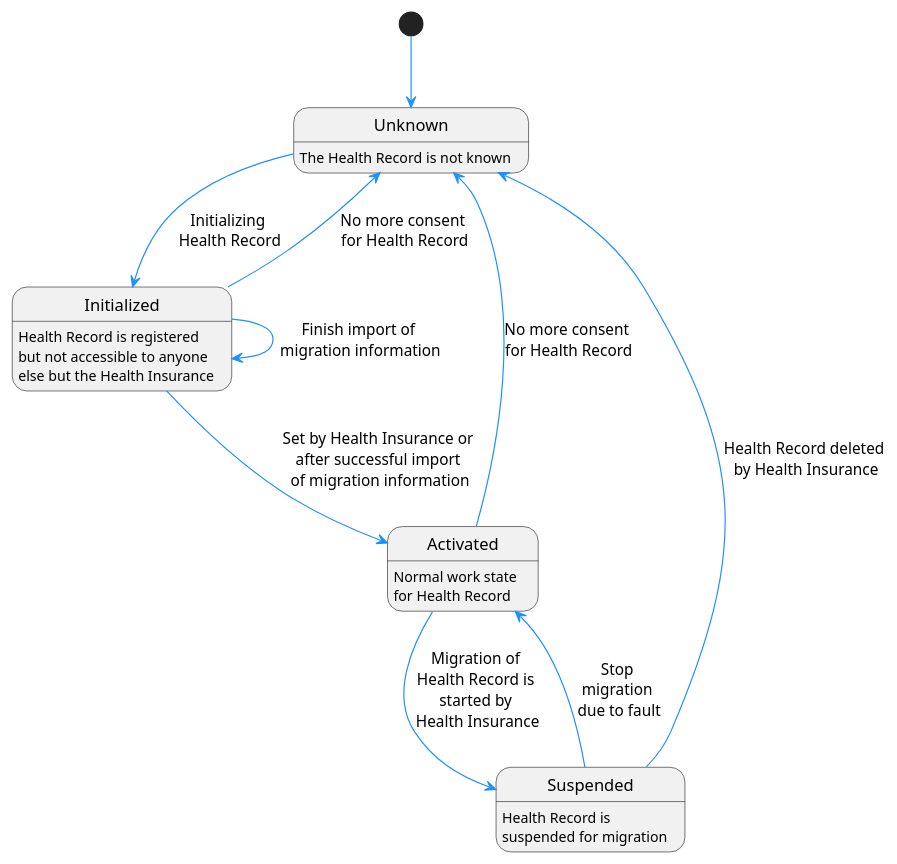
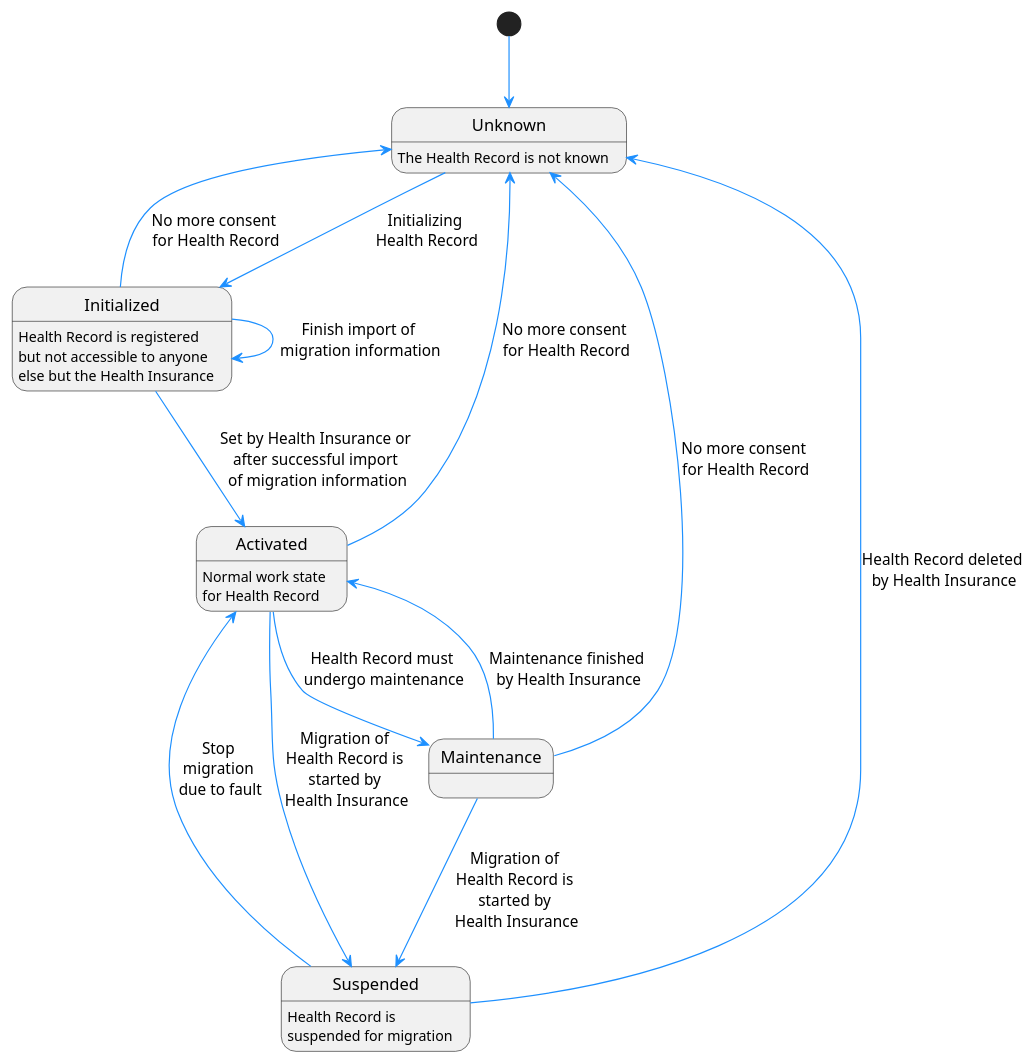
The diagram in src/plantuml/statemachine.puml (gematik/ePA-Basic), drawn with PlantUML before and after one commit. The commit also changed 10 other files, not shown here.

```diff
--- a/src/plantuml/statemachine.puml
+++ b/src/plantuml/statemachine.puml
@@ -1,42 +1,46 @@
 @startuml
 
 skinparam Shadowing false
 skinparam ParticipantPadding 20
 skinparam BoxPadding 10
 
 skinparam sequence {
     ArrowColor DodgerBlue
     ActorBorderColor DodgerBlue
     LifeLineBorderColor Blue
 
     ParticipantBackgroundColor #3483eb
     ParticipantBorderColor #3483eb
     ParticipantFontSize 14
     ParticipantFontColor White
 
     ActorBackgroundColor #3483eb
     ActorFontSize 14
     NoteBackgroundColor #3483eb
 }
 
 [*] --> Unknown
 Unknown : The Health Record is not known
 Initialized : Health Record is registered \nbut not accessible to anyone \nelse but the Health Insurance
 Activated : Normal work state \nfor Health Record
 Suspended : Health Record is \nsuspended for migration
 
 Unknown --> Initialized : Initializing \nHealth Record
 
 Initialized --> Unknown : No more consent \nfor Health Record
 
 Initialized --> Initialized : Finish import of \nmigration information
 Initialized --> Activated : Set by Health Insurance or \nafter successful import \nof migration information
 
 Activated --> Unknown : No more consent \nfor Health Record
 Activated --> Suspended : Migration of \nHealth Record is \nstarted by \nHealth Insurance
+Activated --> Maintenance : Health Record must \nundergo maintenance
 Suspended --> Activated : Stop \nmigration \ndue to fault
 
 Suspended --> Unknown : Health Record deleted \nby Health Insurance
 
+Maintenance --> Activated : Maintenance finished \nby Health Insurance
+Maintenance --> Unknown : No more consent \nfor Health Record
+Maintenance --> Suspended : Migration of \nHealth Record is \nstarted by \nHealth Insurance
 
 @enduml
```
